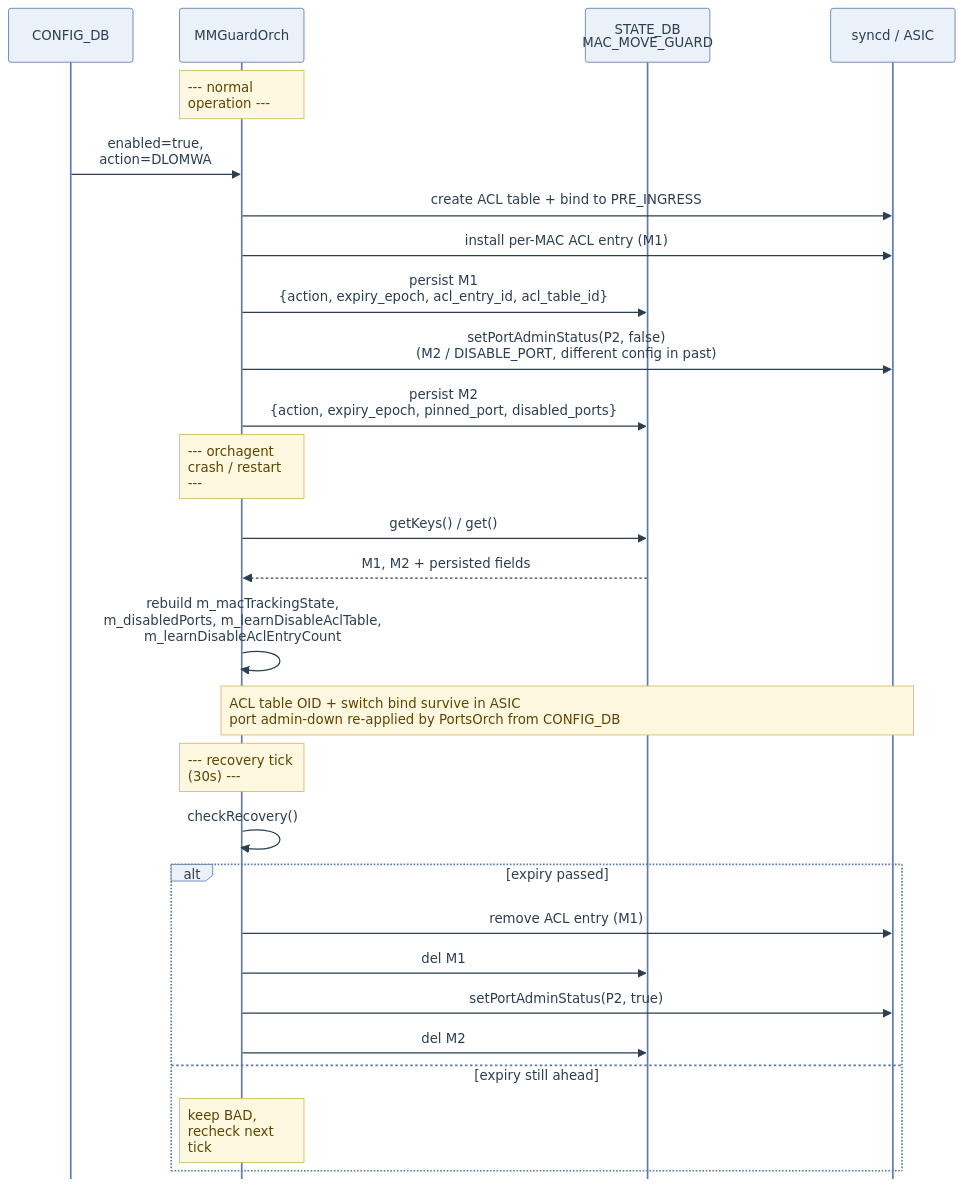
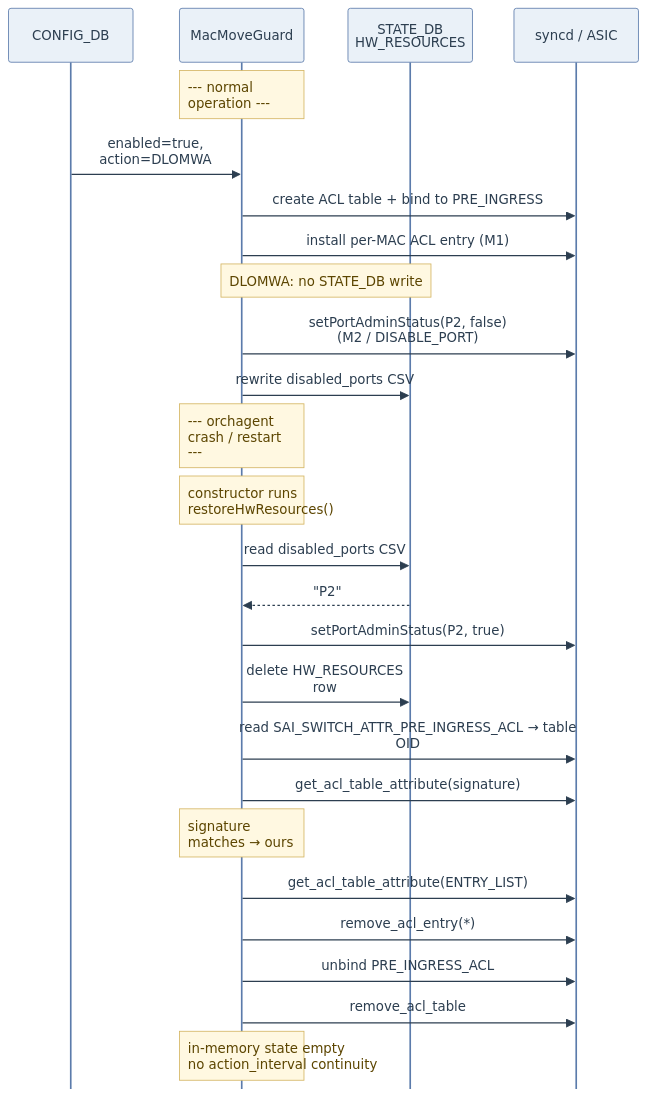
The seventh of 7 diagrams in doc/mac_move_guard/MAC_MOVE_GUARD_HLD.md (sonic-net/SONiC), drawn with Mermaid before and after one commit. The commit also changed other lines of this file, not shown here.

Commit message:
Modified document to reflect that the mac move guard sits inside fdbOrch. Added phase-2 plans Added a section to explain the interaction of this feature with Notification Dedup mechanism

````diff
--- a/doc/mac_move_guard/MAC_MOVE_GUARD_HLD.md
+++ b/doc/mac_move_guard/MAC_MOVE_GUARD_HLD.md
@@ -343,33 +350,31 @@
 ```mermaid
 %%{init: {'theme':'base','themeVariables':{'primaryColor':'#EAF1F8','primaryBorderColor':'#5B7BAB','primaryTextColor':'#2C3E50','lineColor':'#7A8B9F','secondaryColor':'#F4F0E8','tertiaryColor':'#F9FAFC','noteBkgColor':'#FFF8E1','noteTextColor':'#5C4500','noteBorderColor':'#D4B563','actorBkg':'#EAF1F8','actorBorder':'#5B7BAB','actorTextColor':'#2C3E50','fontSize':'9px'},'sequence':{'useMaxWidth':false,'actorFontSize':9,'noteFontSize':9,'messageFontSize':9,'mirrorActors':false,'noteAlign':'left','wrap':true}}}%%
 sequenceDiagram
     participant CFG as CONFIG_DB
-    participant MMG as MMGuardOrch
-    participant STATE as STATE_DB<br/>MAC_MOVE_GUARD
+    participant MMG as MacMoveGuard
+    participant STATE as STATE_DB<br/>HW_RESOURCES
     participant SAI as syncd / ASIC
 
     Note over MMG: --- normal operation ---
     CFG->>MMG: enabled=true, action=DLOMWA
     MMG->>SAI: create ACL table + bind to PRE_INGRESS
     MMG->>SAI: install per-MAC ACL entry (M1)
-    MMG->>STATE: persist M1<br/>{action, expiry_epoch, acl_entry_id, acl_table_id}
-    MMG->>SAI: setPortAdminStatus(P2, false)<br/>(M2 / DISABLE_PORT, different config in past)
-    MMG->>STATE: persist M2<br/>{action, expiry_epoch, pinned_port, disabled_ports}
+    Note over MMG,STATE: DLOMWA: no STATE_DB write
+    MMG->>SAI: setPortAdminStatus(P2, false)<br/>(M2 / DISABLE_PORT)
+    MMG->>STATE: rewrite disabled_ports CSV
 
     Note over MMG: --- orchagent crash / restart ---
-    MMG->>STATE: getKeys() / get()
-    STATE-->>MMG: M1, M2 + persisted fields
-    MMG->>MMG: rebuild m_macTrackingState,<br/>m_disabledPorts, m_learnDisableAclTable,<br/>m_learnDisableAclEntryCount
-    Note over MMG,SAI: ACL table OID + switch bind survive in ASIC<br/>port admin-down re-applied by PortsOrch from CONFIG_DB
-
-    Note over MMG: --- recovery tick (30s) ---
-    MMG->>MMG: checkRecovery()
-    alt expiry passed
-        MMG->>SAI: remove ACL entry (M1)
-        MMG->>STATE: del M1
-        MMG->>SAI: setPortAdminStatus(P2, true)
-        MMG->>STATE: del M2
-    else expiry still ahead
-        Note over MMG: keep BAD, recheck next tick
-    end
+    Note over MMG: constructor runs<br/>restoreHwResources()
+    MMG->>STATE: read disabled_ports CSV
+    STATE-->>MMG: "P2"
+    MMG->>SAI: setPortAdminStatus(P2, true)
+    MMG->>STATE: delete HW_RESOURCES row
+    MMG->>SAI: read SAI_SWITCH_ATTR_PRE_INGRESS_ACL → table OID
+    MMG->>SAI: get_acl_table_attribute(signature)
+    Note over MMG: signature matches → ours
+    MMG->>SAI: get_acl_table_attribute(ENTRY_LIST)
+    MMG->>SAI: remove_acl_entry(*)
+    MMG->>SAI: unbind PRE_INGRESS_ACL
+    MMG->>SAI: remove_acl_table
+    Note over MMG: in-memory state empty<br/>no action_interval continuity
 ```
````
